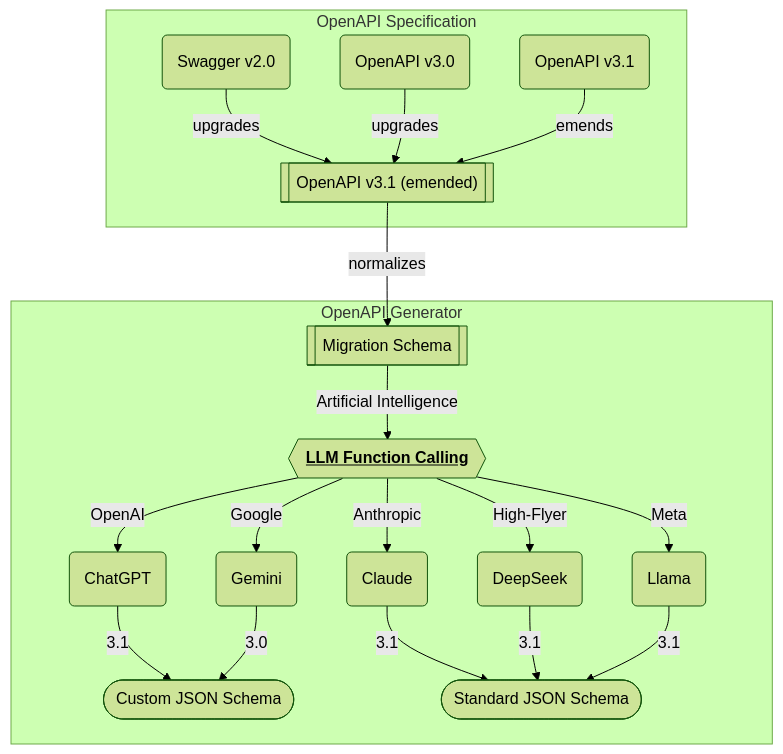
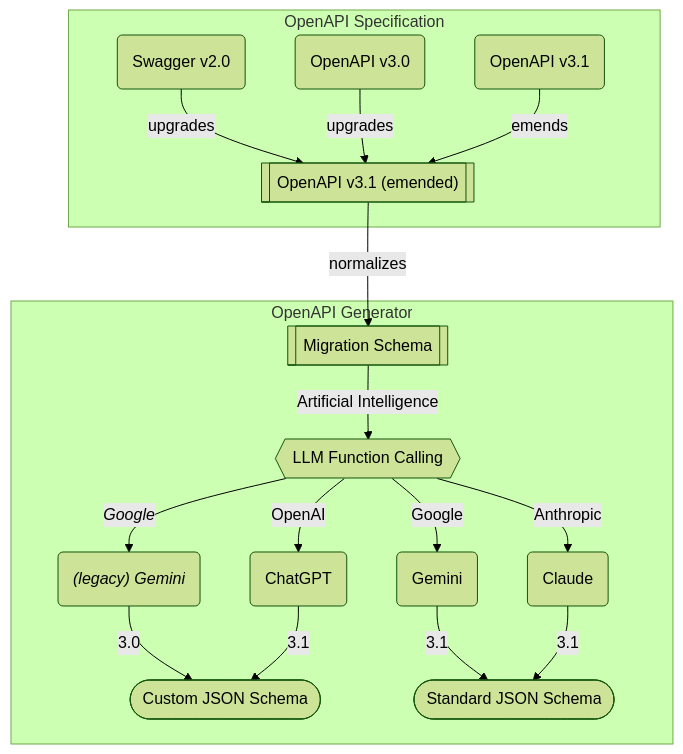
Before and after one commit to samchon/openapi: the third of 4 diagrams in README.md, drawn with Mermaid (forest theme). The commit also changed other lines of this file and 114 other files, not shown here.

First line of the commit message:
Remake `IGeminiSchema` by schema model change. (#209)

````diff
--- a/README.md
+++ b/README.md
@@ -220,22 +160,20 @@
 ```mermaid
 flowchart
   subgraph "OpenAPI Specification"
     v20("Swagger v2.0") --upgrades--> emended[["OpenAPI v3.1 (emended)"]]
     v30("OpenAPI v3.0") --upgrades--> emended
     v31("OpenAPI v3.1") --emends--> emended
   end
   subgraph "OpenAPI Generator"
     emended --normalizes--> migration[["Migration Schema"]]
-    migration --"Artificial Intelligence"--> lfc{{"<b><u>LLM Function Calling</u></b>"}}
+    migration --"Artificial Intelligence"--> lfc{{"LLM Function Calling"}}
     lfc --"OpenAI"--> chatgpt("ChatGPT")
     lfc --"Google"--> gemini("Gemini")
     lfc --"Anthropic"--> claude("Claude")
-    lfc --"High-Flyer"--> deepseek("DeepSeek")
-    lfc --"Meta"--> llama("Llama")
-    chatgpt --"3.1"--> custom(["Custom JSON Schema"])
-    gemini --"3.0"--> custom(["Custom JSON Schema"])
-    claude --"3.1"--> standard(["Standard JSON Schema"])
-    deepseek --"3.1"--> standard
-    llama --"3.1"--> standard
+    lfc --"<i>Google</i>" --> legacy_gemini("<i> (legacy) Gemini</i>")
+    legacy_gemini --"3.0" --> custom(["Custom JSON Schema"])
+    chatgpt --"3.1"--> custom
+    gemini --"3.1"--> standard(["Standard JSON Schema"])
+    claude --"3.1"--> standard
   end
 ```
````
